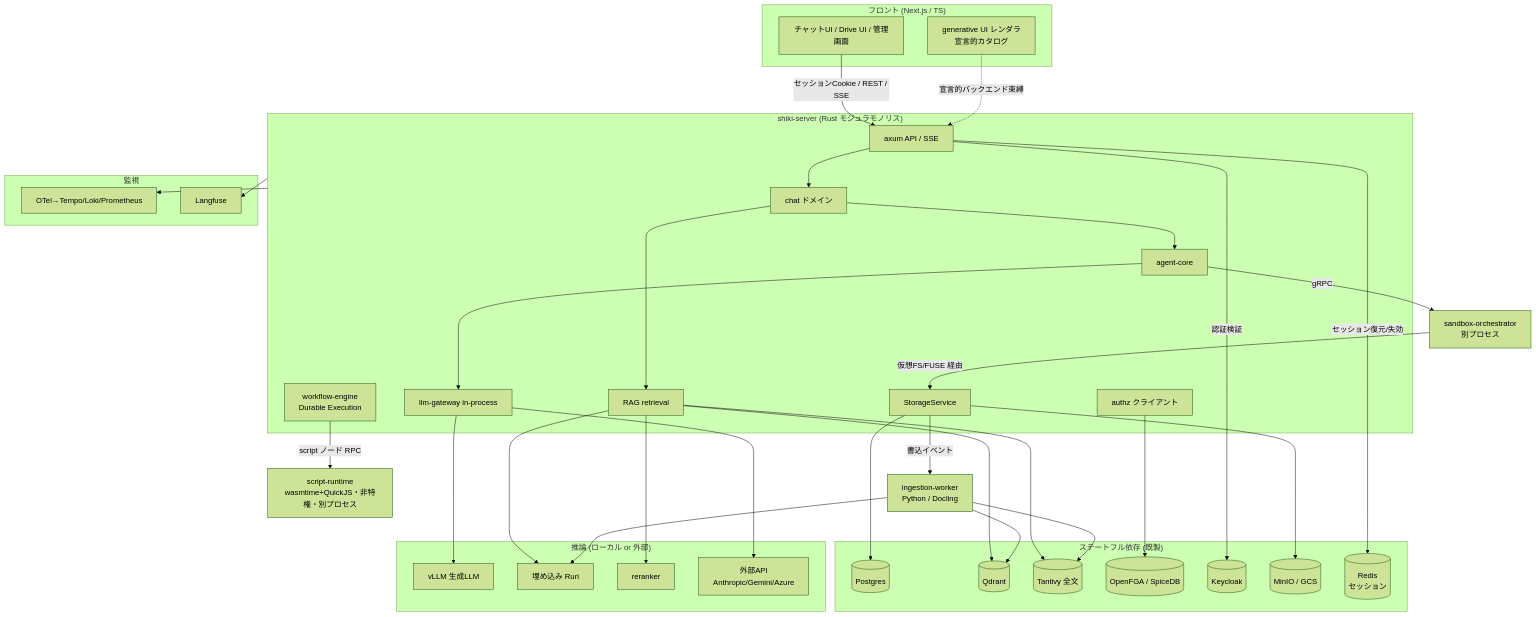
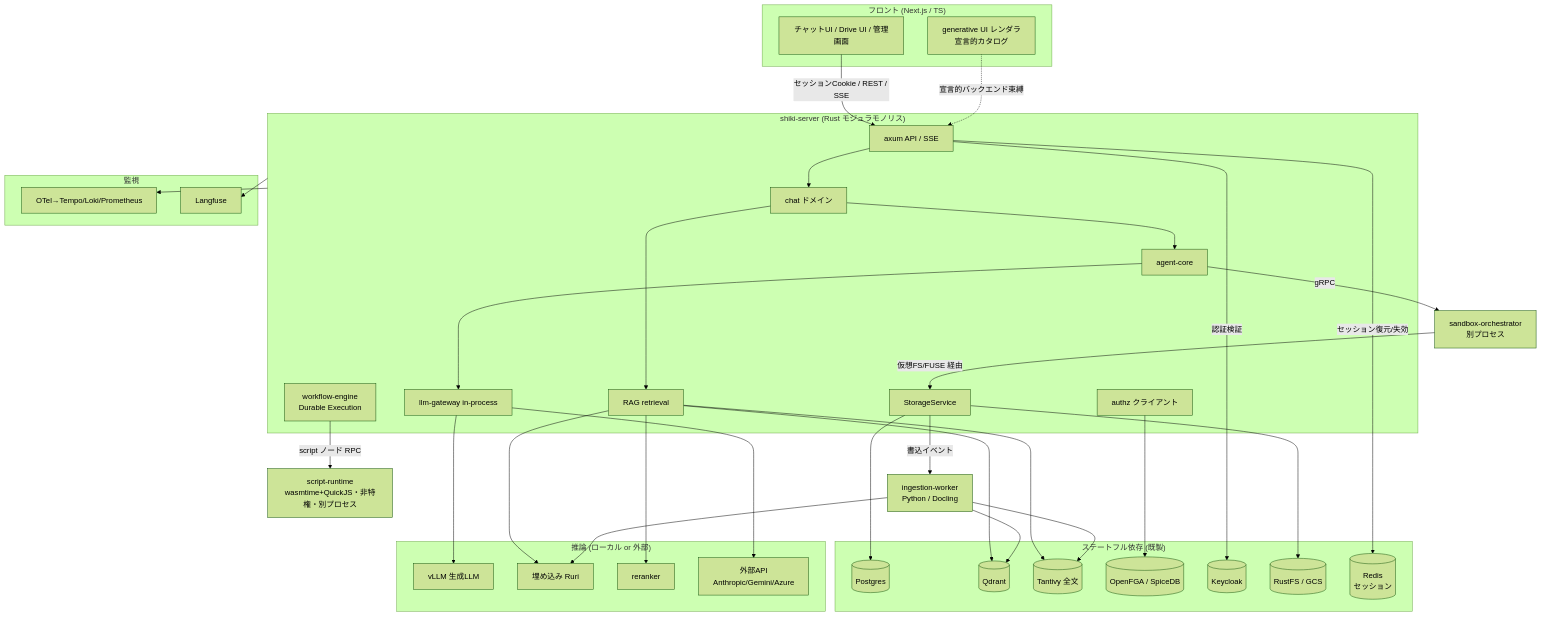
Before and after one commit to imanect-labs/shiki-platform: the first of 10 diagrams in docs/design.md, drawn with Mermaid (forest theme). The commit also changed other lines of this file and 19 other files, not shown here.

First line of the commit message:
feat(storage): オブジェクトストアを MinIO から RustFS へ差し替える (#499)

````diff
--- a/docs/design.md
+++ b/docs/design.md
@@ -19,61 +19,61 @@
 ```mermaid
 flowchart TB
   subgraph Client["フロント (Next.js / TS)"]
     UI[チャットUI / Drive UI / 管理画面]
     GUI[generative UI レンダラ<br/>宣言的カタログ]
   end
 
   subgraph Server["shiki-server (Rust モジュラモノリス)"]
     API[axum API / SSE]
     CHAT[chat ドメイン]
     AGENT[agent-core]
     GW[llm-gateway in-process]
     STORE[StorageService]
     RAG[RAG retrieval]
     AUTHZc[authz クライアント]
     WF[workflow-engine<br/>Durable Execution]
   end
 
   ORCH[sandbox-orchestrator<br/>別プロセス]
   SCRT[script-runtime<br/>wasmtime+QuickJS・非特権・別プロセス]
   INGEST[ingestion-worker<br/>Python / Docling]
 
   subgraph Infra["ステートフル依存 (既製)"]
     PG[(Postgres)]
     QD[(Qdrant)]
     TV[(Tantivy 全文)]
     FGA[(OpenFGA / SpiceDB)]
     KC[(Keycloak)]
-    OBJ[(MinIO / GCS)]
+    OBJ[(RustFS / GCS)]
     RD[(Redis<br/>セッション)]
   end
 
   subgraph Infer["推論 (ローカル or 外部)"]
     VLLM[vLLM 生成LLM]
     EMB[埋め込み Ruri]
     RR[reranker]
     EXT[外部API<br/>Anthropic/Gemini/Azure]
   end
 
   subgraph Obs["監視"]
     OTEL[OTel→Tempo/Loki/Prometheus]
     LF[Langfuse]
   end
 
   UI -->|セッションCookie / REST / SSE| API
   GUI -. 宣言的バックエンド束縛 .-> API
   API --> CHAT --> AGENT --> GW
   GW --> VLLM & EXT
   RAG --> QD & TV & RR & EMB
   CHAT --> RAG
   AGENT -->|gRPC| ORCH
   WF -->|script ノード RPC| SCRT
   ORCH -->|仮想FS/FUSE 経由| STORE
   STORE --> OBJ & PG
   STORE -->|書込イベント| INGEST
   INGEST --> QD & TV & EMB
   AUTHZc --> FGA
   API -->|認証検証| KC
   API -->|セッション復元/失効| RD
   Server --> OTEL & LF
 ```
````
